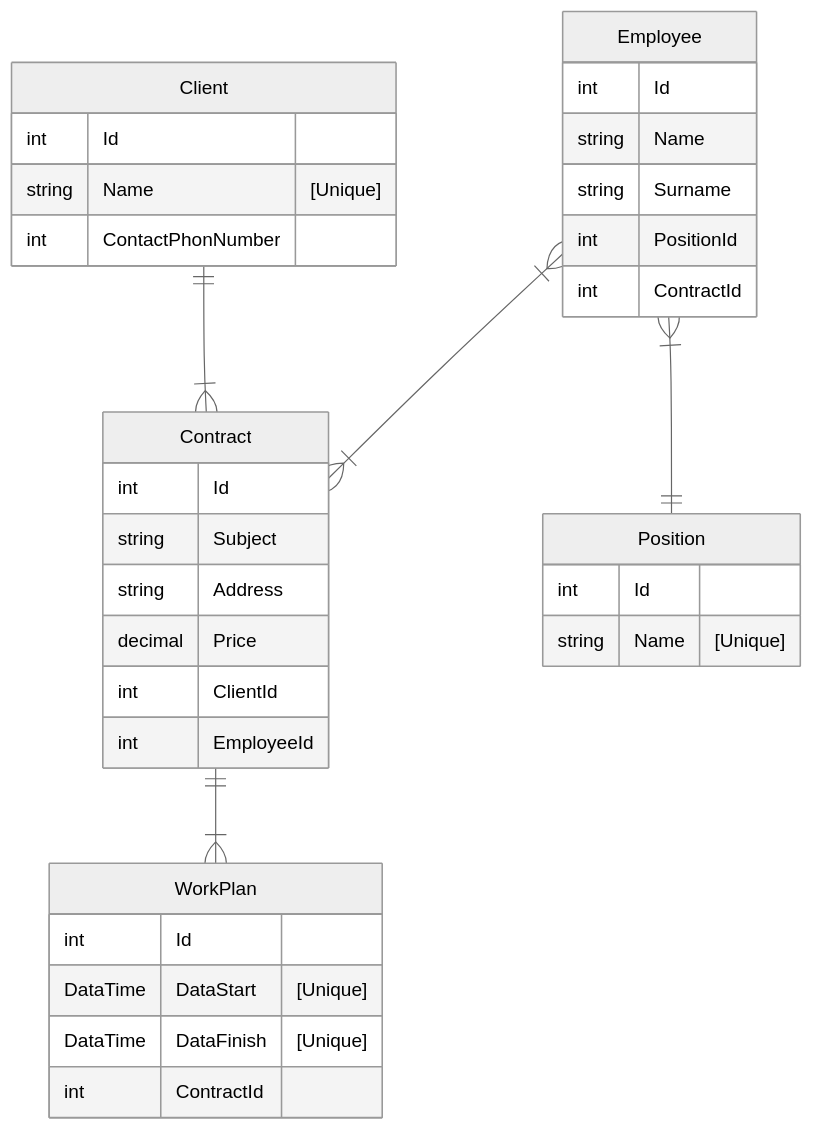
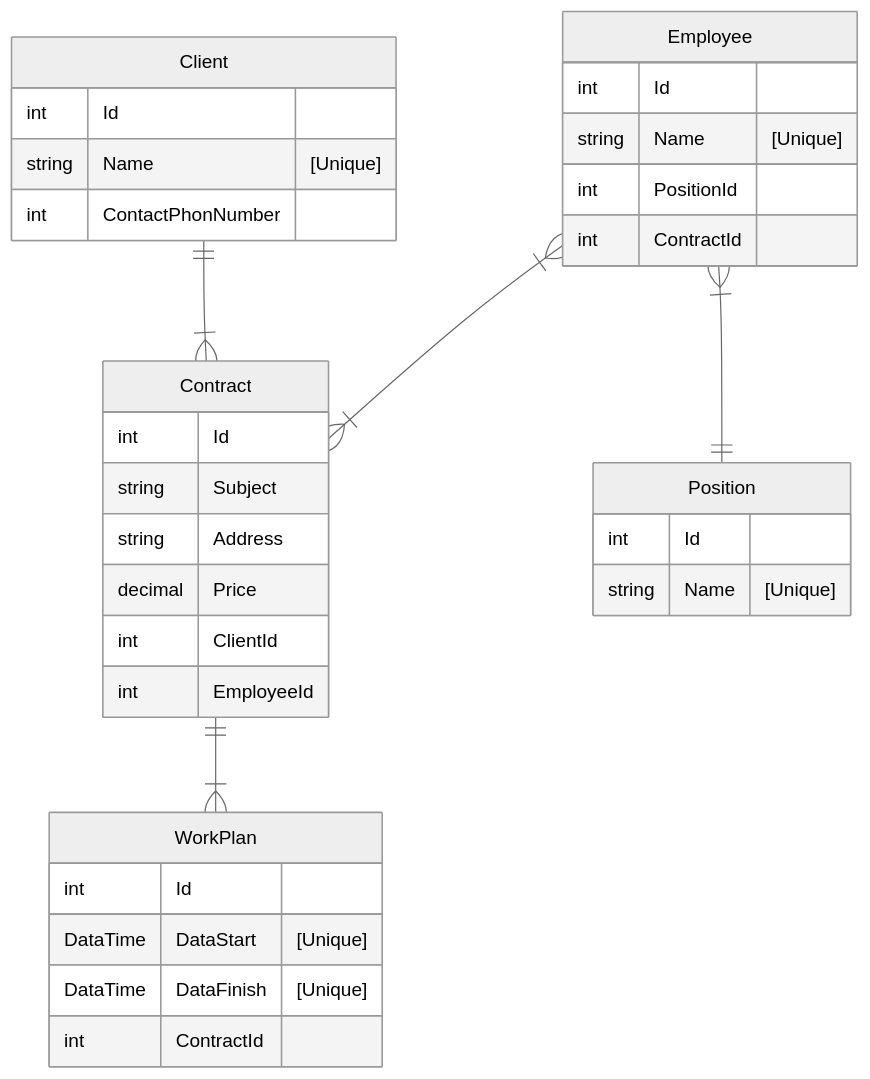
One commit to KondratenkoDV/CRM changed the diagram in README.md. Above: the diagram before and after it, drawn with Mermaid (neutral theme).

````diff
--- a/README.md
+++ b/README.md
@@ -1,42 +1,41 @@
 ```mermaid
 erDiagram
   Employee }|--|{ Contract : ""
   Client ||--|{ Contract : ""
   Contract ||--|{ WorkPlan : ""
   Employee }|--|| Position : ""
   
   Employee{
       int Id
-      string Name
-      string Surname
+      string Name "[Unique]"
       int PositionId
       int ContractId
   }
 
   Client{
       int Id
       string Name "[Unique]"
       int ContactPhonNumber
   }
 
   Contract{
       int Id
       string Subject
       string Address
       decimal Price
       int ClientId
       int EmployeeId
   }
 
   WorkPlan{
       int Id
       DataTime DataStart "[Unique]"
       DataTime DataFinish "[Unique]"
       int ContractId
   }
   
   Position{
       int Id
       string Name "[Unique]"
   }
   ```
````
